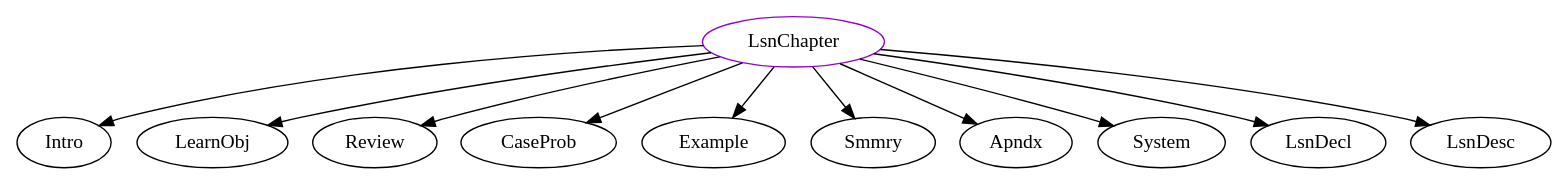
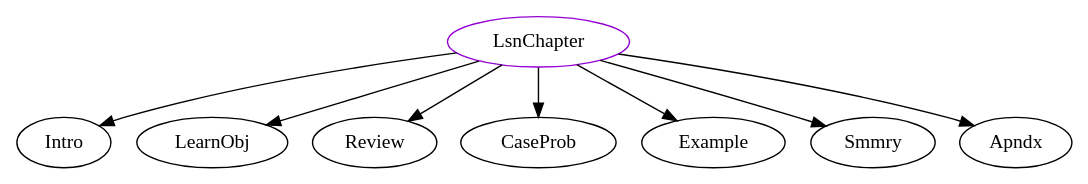
One commit to JacquesCarette/Drasil changed the diagram in analysis/TypeDependencyGraphs/docLang/LsnChapter.dot. Above: the diagram before and after it, drawn with Graphviz. The commit also changed 401 other files, not shown here.

```diff
--- a/analysis/TypeDependencyGraphs/docLang/LsnChapter.dot
+++ b/analysis/TypeDependencyGraphs/docLang/LsnChapter.dot
@@ -1,13 +1,10 @@
 digraph lsnchapter{
 LsnChapter	[shape=oval, color=darkviolet, label="LsnChapter"];
 LsnChapter -> Intro;
 LsnChapter -> LearnObj;
 LsnChapter -> Review;
 LsnChapter -> CaseProb;
 LsnChapter -> Example;
 LsnChapter -> Smmry;
 LsnChapter -> Apndx;
-LsnChapter -> System;
-LsnChapter -> LsnDecl;
-LsnChapter -> LsnDesc;
 }
```
